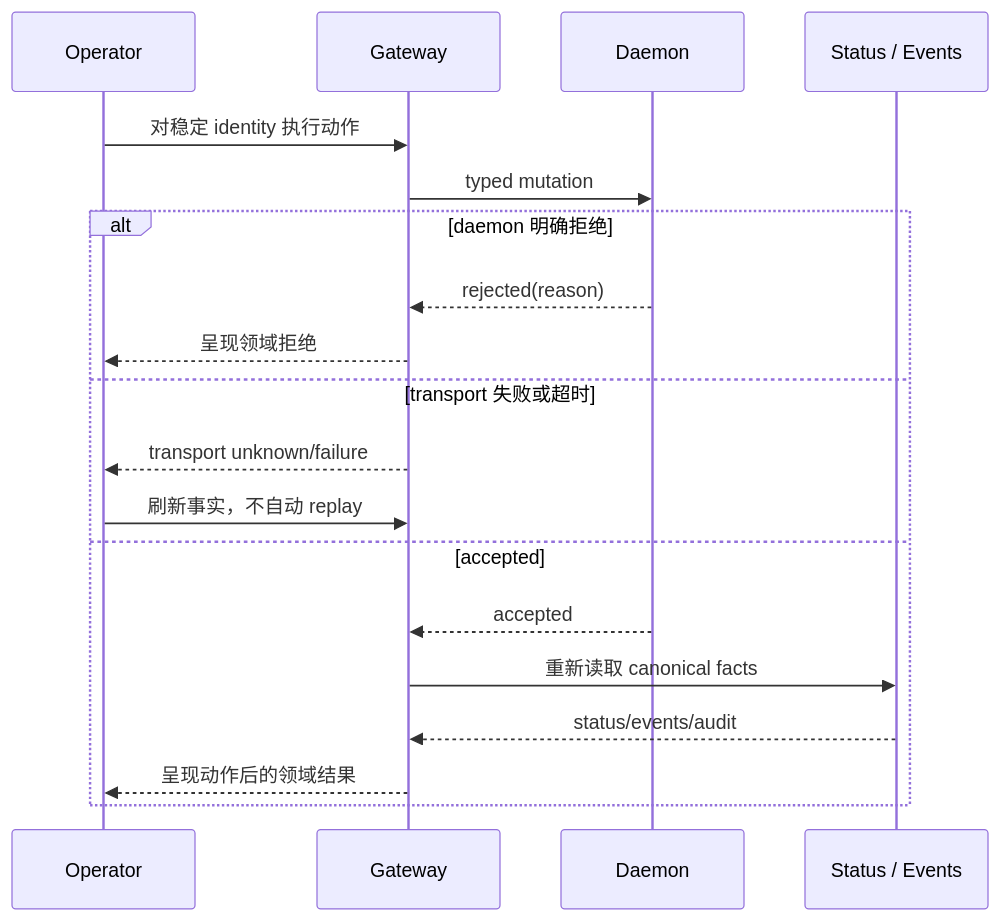
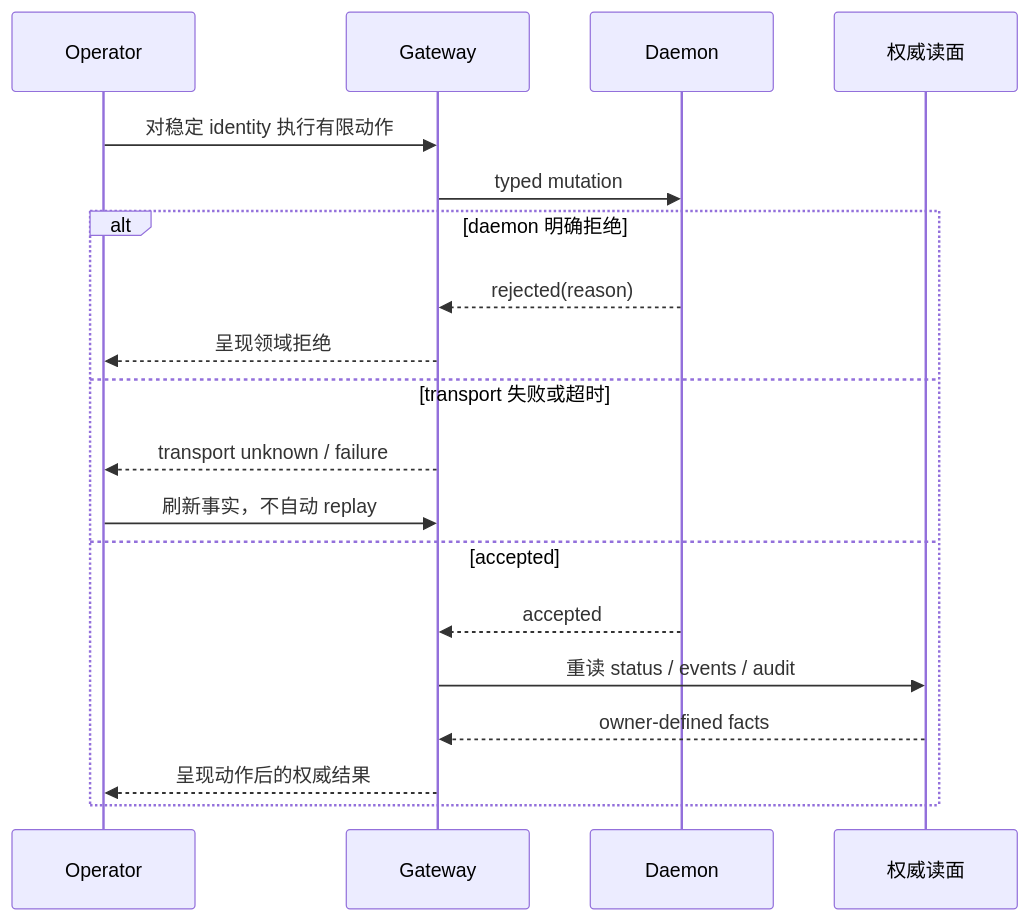
The third of 7 diagrams in v3-issue/A.md (mouriya-s-lab/coder-loop), drawn with Mermaid before and after one commit. The commit also changed other lines of this file, not shown here.

````diff
--- a/v3-issue/A.md
+++ b/v3-issue/A.md
@@ -547,21 +531,21 @@
 ```mermaid
 sequenceDiagram
     participant U as Operator
     participant G as Gateway
     participant D as Daemon
-    participant S as Status / Events
-    U->>G: 对稳定 identity 执行动作
+    participant R as 权威读面
+    U->>G: 对稳定 identity 执行有限动作
     G->>D: typed mutation
     alt daemon 明确拒绝
         D-->>G: rejected(reason)
         G-->>U: 呈现领域拒绝
     else transport 失败或超时
-        G-->>U: transport unknown/failure
+        G-->>U: transport unknown / failure
         U->>G: 刷新事实，不自动 replay
     else accepted
         D-->>G: accepted
-        G->>S: 重新读取 canonical facts
-        S-->>G: status/events/audit
-        G-->>U: 呈现动作后的领域结果
+        G->>R: 重读 status / events / audit
+        R-->>G: owner-defined facts
+        G-->>U: 呈现动作后的权威结果
     end
 ```
````
